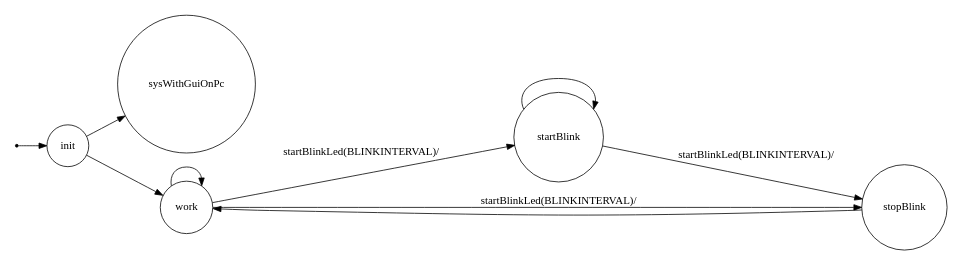
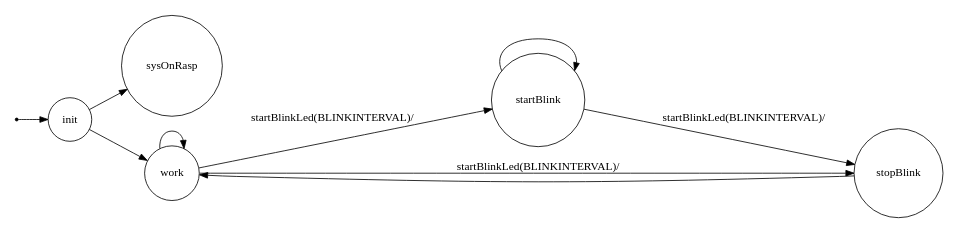
One commit to Mikelainz/ISS changed the diagram in bls.distributed.DB-master/srcMore/it/unibo/myled/dotFsm.gv. Above: the diagram before and after it, drawn with Graphviz. The commit also changed 710 other files, not shown here.

```diff
--- a/bls.distributed.DB-master/srcMore/it/unibo/myled/dotFsm.gv
+++ b/bls.distributed.DB-master/srcMore/it/unibo/myled/dotFsm.gv
@@ -1,30 +1,30 @@
 /*
 *
 * A GraphViz DOT FSM description 
 * Please use a GraphViz visualizer (like http://www.webgraphviz.com)
 * 
 * Generated by AM,NC,RM
 *  
 */
  
 digraph finite_state_machine {
   	rankdir=LR;
   	size="8,5"
   	node [shape = point]; iniziale;
   	node [shape = doublecircle]; 
   	node [shape = circle];
   	iniziale -> init [label = ""];
   	
   	
-  	init -> sysWithGuiOnPc [ label = ""];
+  	init -> sysOnRasp [ label = ""];
   	init -> work [ label = ""];
   	
   	work -> work [ label = ""];
   	work -> startBlink [ label = "startBlinkLed(BLINKINTERVAL)/"];
   	work -> stopBlink [ label = "startBlinkLed(BLINKINTERVAL)/"];
   	
   	startBlink -> startBlink [ label = ""];
   	startBlink -> stopBlink [ label = "startBlinkLed(BLINKINTERVAL)/"];
   	
   	stopBlink -> work [ label = ""];
 }
```
